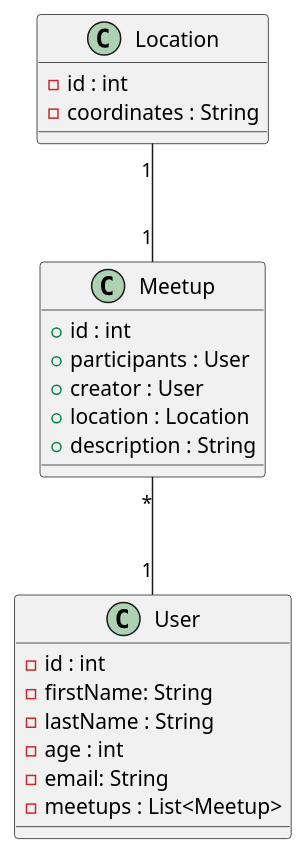
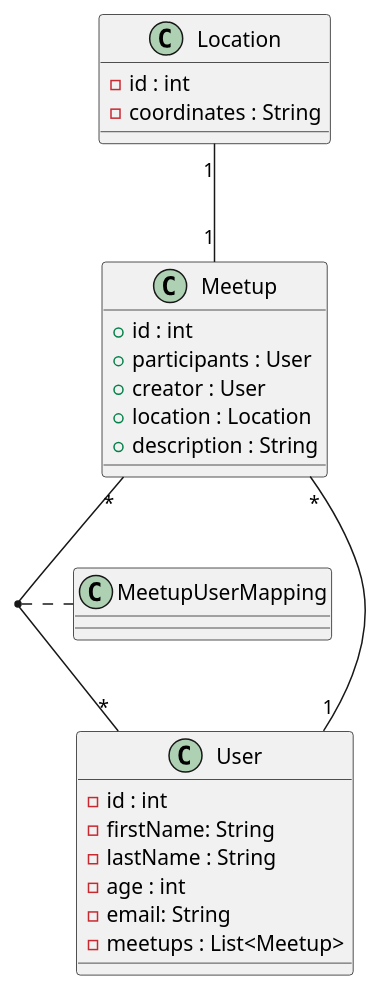
The diagram in asciidocs/puml/Klassendiagramm.puml (2223-3bhif-syp/02-projekte-mopedmeetup), drawn with PlantUML before and after one commit. The commit also changed 9 other files, not shown here.

```diff
--- a/asciidocs/puml/Klassendiagramm.puml
+++ b/asciidocs/puml/Klassendiagramm.puml
@@ -1,28 +1,30 @@
 @startuml CLD
 
 class User {
     - id : int
     - firstName: String
     - lastName : String
     - age : int
     - email: String
     - meetups : List<Meetup>
 }
 class Meetup {
     + id : int
     + participants : User
     + creator : User
     + location : Location
     + description : String
 }
 
 class Location {
     - id : int
     - coordinates : String
 }
 
 
-Meetup "*"--"1" User : ""
+Meetup "*"--"1" User
 Location "1"--"1" Meetup : ""
+Meetup "*"--"*" User
+(User, Meetup) .. MeetupUserMapping
 
 @enduml
```
